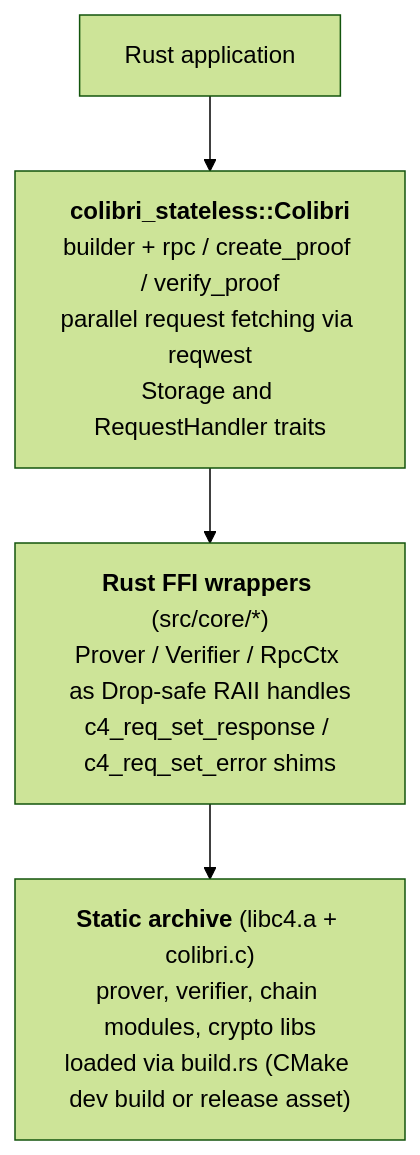
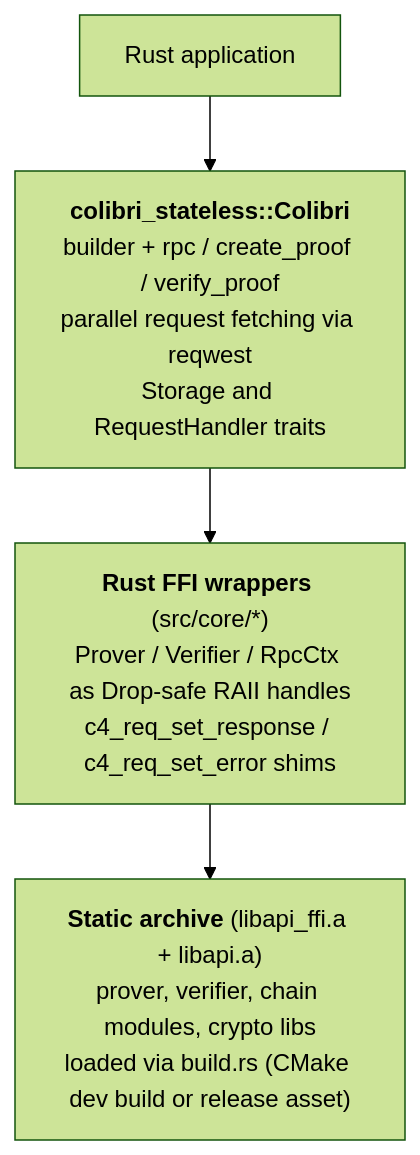
One commit to corpus-core/colibri-stateless changed the diagram in bindings/rust/doc.md. Above: the diagram before and after it, drawn with Mermaid (forest theme). The commit also changed 36 other files, not shown here.

````diff
--- a/bindings/rust/doc.md
+++ b/bindings/rust/doc.md
@@ -40,10 +40,10 @@
 ```mermaid
 flowchart TD
     APP["Rust application"]
     CLIENT["<b>colibri_stateless::Colibri</b><br/>builder + rpc / create_proof / verify_proof<br/>parallel request fetching via reqwest<br/>Storage and RequestHandler traits"]
     FFI["<b>Rust FFI wrappers</b> (src/core/*)<br/>Prover / Verifier / RpcCtx as Drop-safe RAII handles<br/>c4_req_set_response / c4_req_set_error shims"]
-    NATIVE["<b>Static archive</b> (libc4.a + colibri.c)<br/>prover, verifier, chain modules, crypto libs<br/>loaded via build.rs (CMake dev build or release asset)"]
+    NATIVE["<b>Static archive</b> (libapi_ffi.a + libapi.a)<br/>prover, verifier, chain modules, crypto libs<br/>loaded via build.rs (CMake dev build or release asset)"]
     APP --> CLIENT
     CLIENT --> FFI
     FFI --> NATIVE
 ```
````
